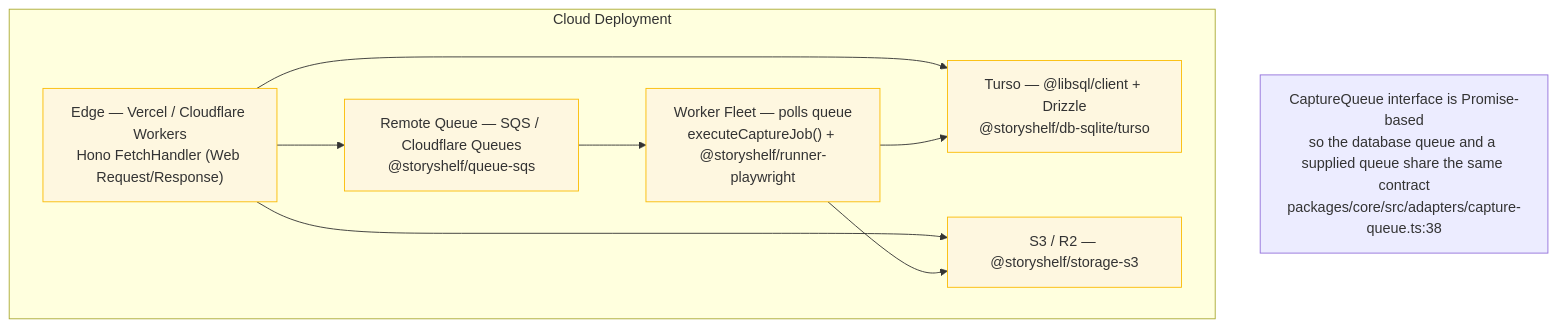
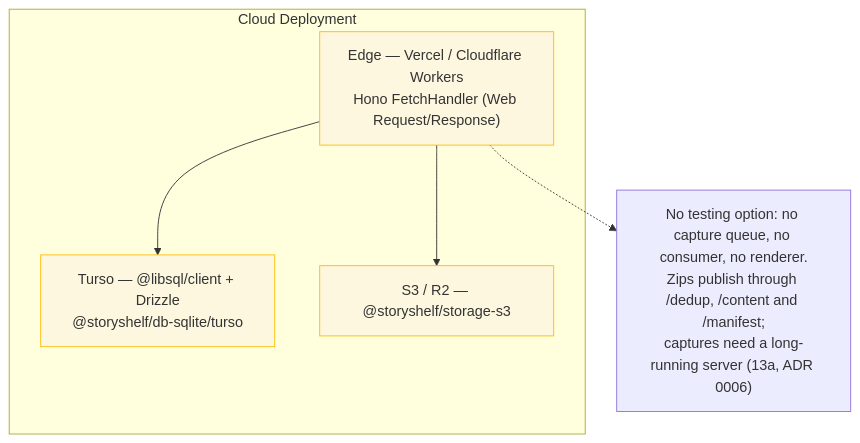
Diagram 15 of 18 in docs/architecture-diagrams.md (GuptaSiddhant/StoryShelf), drawn with Mermaid before and after one commit. The commit also changed other lines of this file and 168 other files, not shown here.

First line of the commit message:
feat: retire the worker and queue packages, rewrite deployment docs for the database queue

````diff
--- a/docs/architecture-diagrams.md
+++ b/docs/architecture-diagrams.md
@@ -789,21 +787,17 @@
 ```mermaid
 flowchart TB
     subgraph Cloud["Cloud Deployment"]
         Edge["Edge — Vercel / Cloudflare Workers<br/>Hono FetchHandler (Web Request/Response)"]
         Turso["Turso — @libsql/client + Drizzle<br/>@storyshelf/db-sqlite/turso"]
         S3["S3 / R2 — @storyshelf/storage-s3"]
-        QRemote["Remote Queue — SQS / Cloudflare Queues<br/>@storyshelf/queue-sqs"]
-        Worker["Worker Fleet — polls queue<br/>executeCaptureJob() + @storyshelf/runner-playwright"]
     end
 
     Edge --> Turso
     Edge --> S3
-    Edge --> QRemote --> Worker
-    Worker --> Turso
-    Worker --> S3
 
-    note2["CaptureQueue interface is Promise-based<br/>so the database queue and a supplied queue share the same contract<br/>packages/core/src/adapters/capture-queue.ts:38"]
+    note2["No testing option: no capture queue, no consumer, no renderer.<br/>Zips publish through /dedup, /content and /manifest;<br/>captures need a long-running server (13a, ADR 0006)"]
+    Edge -.-> note2
 
     classDef cloud fill:#fef7e0,stroke:#fbbc04;
-    class Edge,Turso,S3,QRemote,Worker cloud;
+    class Edge,Turso,S3 cloud;
 ```
````
